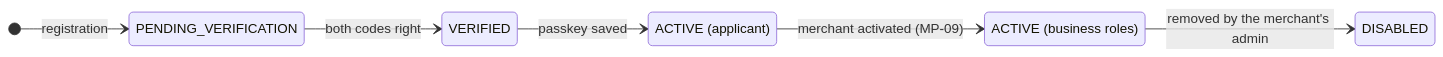
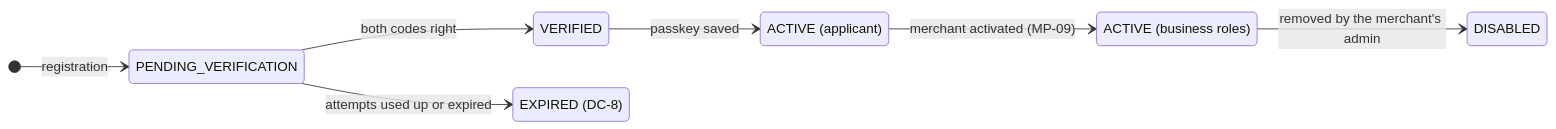
Before and after one commit to paytinno/merchant-portal-workflows: the second of 2 diagrams in docs/workflows/MP-01-register-and-create-a-passkey.md, drawn with Mermaid. The commit also changed other lines of this file and 47 other files, not shown here.

First line of the commit message:
Rewrite against CTO architecture v8.7 (spec v0.2)

````diff
--- a/docs/workflows/MP-01-register-and-create-a-passkey.md
+++ b/docs/workflows/MP-01-register-and-create-a-passkey.md
@@ -70,14 +70,16 @@
 ```mermaid
 stateDiagram-v2
   direction LR
   state "PENDING_VERIFICATION" as s_PENDING_VERIFICATION
   state "VERIFIED" as s_VERIFIED
+  state "EXPIRED (DC-8)" as s_EXPIRED_DC_8_
   state "ACTIVE (applicant)" as s_ACTIVE_applicant_
   state "ACTIVE (business roles)" as s_ACTIVE_business_roles_
   state "DISABLED" as s_DISABLED
   [*] --> s_PENDING_VERIFICATION : registration
   s_PENDING_VERIFICATION --> s_VERIFIED : both codes right
+  s_PENDING_VERIFICATION --> s_EXPIRED_DC_8_ : attempts used up or expired
   s_VERIFIED --> s_ACTIVE_applicant_ : passkey saved
   s_ACTIVE_applicant_ --> s_ACTIVE_business_roles_ : merchant activated (MP-09)
   s_ACTIVE_business_roles_ --> s_DISABLED : removed by the merchant's admin
 ```
````
